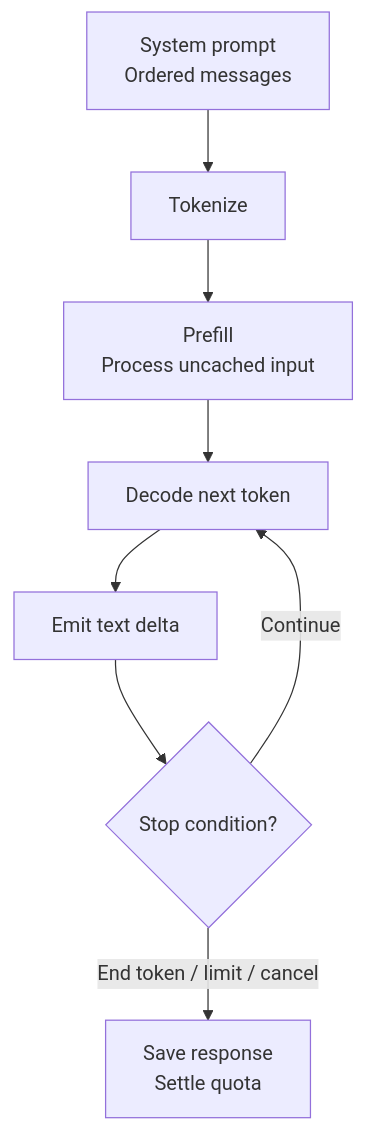
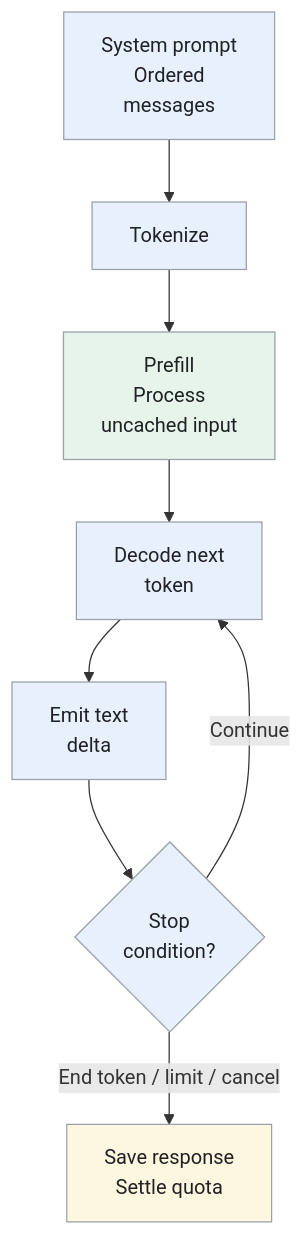
One commit to iliazlobin/iliazlobin.github.io changed the third of 6 diagrams in _designs/system-design-chatgpt.md. Above: the diagram before and after it, drawn with Mermaid. The commit also changed other lines of this file and 131 other files, not shown here.

````diff
--- a/_designs/system-design-chatgpt.md
+++ b/_designs/system-design-chatgpt.md
@@ -195,10 +242,16 @@
 ```mermaid
 flowchart TB
-    A["System prompt<br>Ordered messages"] --> B["Tokenize"]
-    B --> C["Prefill<br>Process uncached input"]
-    C --> D["Decode next token"]
-    D --> E["Emit text delta"]
-    E --> F{"Stop condition?"}
+    A["System prompt<br>Ordered<br>messages"] --> B["Tokenize"]
+    B --> C["Prefill<br>Process<br>uncached input"]
+    C --> D["Decode next<br>token"]
+    D --> E["Emit text<br>delta"]
+    E --> F{"Stop<br>condition?"}
     F -->|"Continue"| D
     F -->|"End token / limit / cancel"| G["Save response<br>Settle quota"]
+  classDef request fill:#e8f0fe,stroke:#9aa0a6,color:#202124,stroke-width:1px
+  classDef background fill:#e6f4ea,stroke:#9aa0a6,color:#202124,stroke-width:1px
+  classDef control fill:#fef7e0,stroke:#9aa0a6,color:#202124,stroke-width:1px
+  class A,B,D,E,F request
+  class C background
+  class G control
 ```
````
